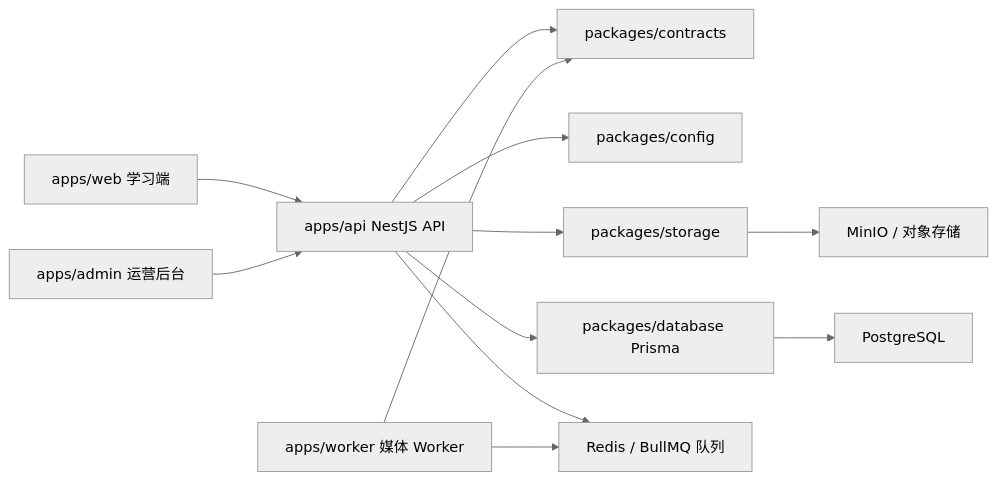
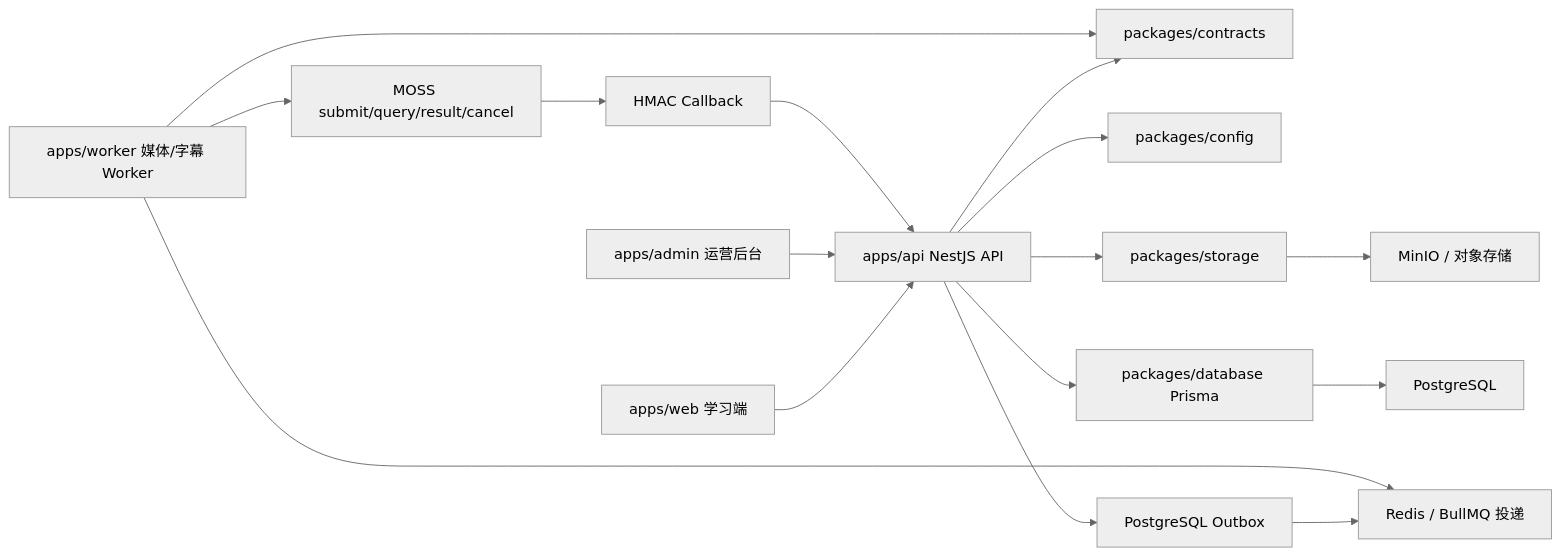
Before and after one commit to suxun111/echoflow: the diagram in docs/ARCHITECTURE.md, drawn with Mermaid (neutral theme). The commit also changed other lines of this file and 36 other files, not shown here.

````diff
--- a/docs/ARCHITECTURE.md
+++ b/docs/ARCHITECTURE.md
@@ -11,14 +11,18 @@
 ```mermaid
 flowchart LR
   Web["apps/web 学习端"] --> API["apps/api NestJS API"]
   Admin["apps/admin 运营后台"] --> API
   API --> Contracts["packages/contracts"]
   API --> Config["packages/config"]
   API --> Storage["packages/storage"]
   API --> Database["packages/database Prisma"]
-  API --> Redis["Redis / BullMQ 队列"]
-  Worker["apps/worker 媒体 Worker"] --> Redis
+  API --> Outbox["PostgreSQL Outbox"]
+  Outbox --> Redis["Redis / BullMQ 投递"]
+  Worker["apps/worker 媒体/字幕 Worker"] --> Redis
   Worker --> Contracts
+  Worker --> MOSS["MOSS submit/query/result/cancel"]
+  MOSS --> Callback["HMAC Callback"]
+  Callback --> API
   Storage --> MinIO["MinIO / 对象存储"]
   Database --> Postgres["PostgreSQL"]
 ```
````
